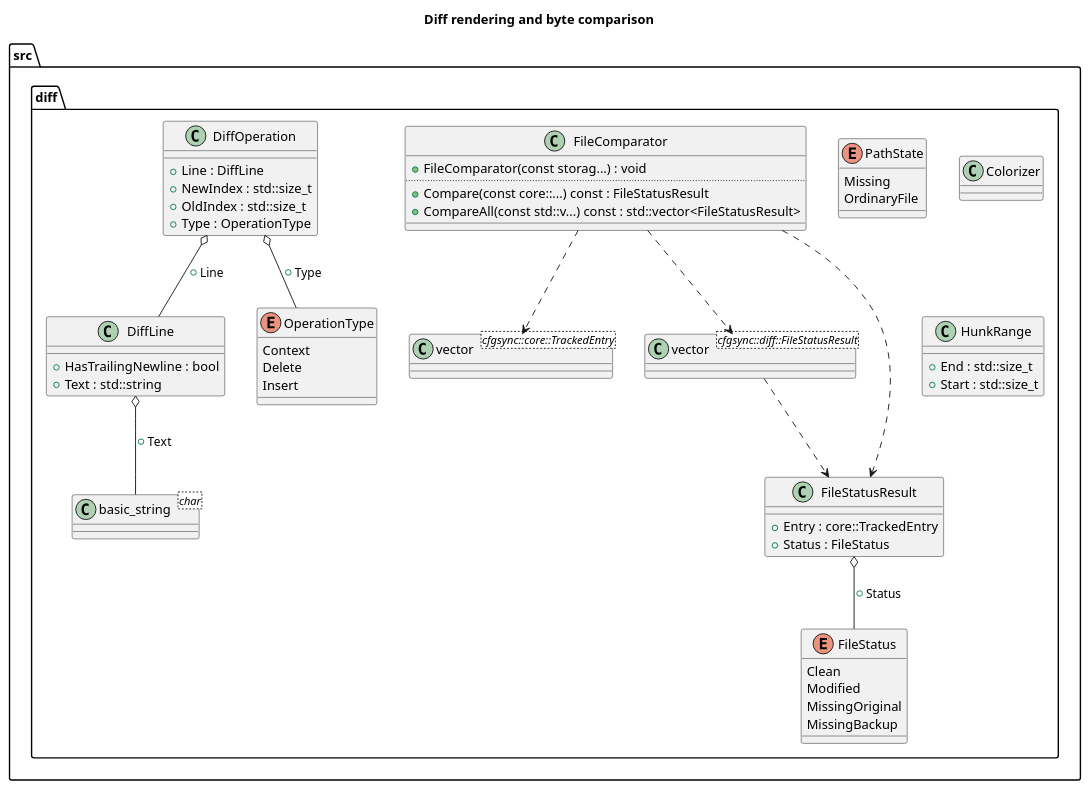
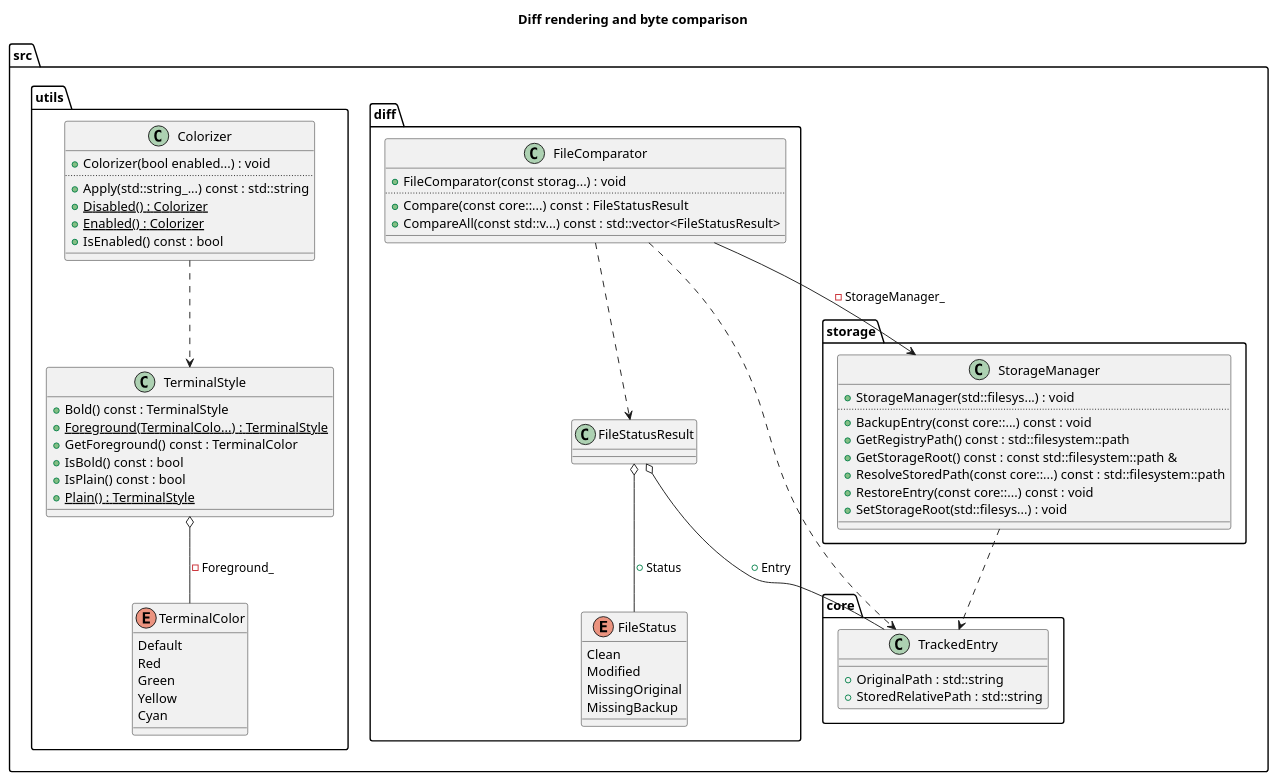
Before and after one commit to olxgdm/cfgsync: the diagram in docs/diagrams/main/diff_layer.puml, drawn with PlantUML. The commit also changed 9 other files, not shown here.

Commit message:
docs: update .clang-uml and diagrams

```diff
--- a/docs/diagrams/main/diff_layer.puml
+++ b/docs/diagrams/main/diff_layer.puml
@@ -1,86 +1,89 @@
 @startuml
 title Diff rendering and byte comparison
 package [src] as C_0016921741234196091272 {
-package [diff] as C_0012737410907933377154 {
-class "vector<cfgsync::core::TrackedEntry>" as C_0008224020844101552744
-class C_0008224020844101552744 {
+package [core] as C_0012207904346887387097 {
+class "TrackedEntry" as C_0001560558435499023390
+class C_0001560558435499023390 {
+__
++OriginalPath : std::string
++StoredRelativePath : std::string
+}
+}
+package [storage] as C_0017999738198623292114 {
+class "StorageManager" as C_0000001151641826262801
+class C_0000001151641826262801 {
++StorageManager(std::filesys...) : void
+..
++BackupEntry(const core::...) const : void
++GetRegistryPath() const : std::filesystem::path
++GetStorageRoot() const : const std::filesystem::path &
++ResolveStoredPath(const core::...) const : std::filesystem::path
++RestoreEntry(const core::...) const : void
++SetStorageRoot(std::filesys...) : void
 __
 }
-class "vector<cfgsync::diff::FileStatusResult>" as C_0004965500553103095783
-class C_0004965500553103095783 {
-__
 }
+package [diff] as C_0012737410907933377154 {
 enum "FileStatus" as C_0002489263939565265575
 enum C_0002489263939565265575 {
 Clean
 Modified
 MissingOriginal
 MissingBackup
 }
 class "FileStatusResult" as C_0013210955629383350680
 class C_0013210955629383350680 {
 __
-+Entry : core::TrackedEntry
-+Status : FileStatus
 }
 class "FileComparator" as C_0004570752702619654424
 class C_0004570752702619654424 {
 +FileComparator(const storag...) : void
 ..
 +Compare(const core::...) const : FileStatusResult
 +CompareAll(const std::v...) const : std::vector<FileStatusResult>
 __
 }
-enum "PathState" as C_0002584808394781259732
-enum C_0002584808394781259732 {
-Missing
-OrdinaryFile
 }
-class "basic_string<char>" as C_0001275076681856179721
-class C_0001275076681856179721 {
+package [utils] as C_0006966483515336780210 {
+enum "TerminalColor" as C_0014822155060380475892
+enum C_0014822155060380475892 {
+Default
+Red
+Green
+Yellow
+Cyan
+}
+class "TerminalStyle" as C_0001227858788528835931
+class C_0001227858788528835931 {
++Bold() const : TerminalStyle
+{static} +Foreground(TerminalColo...) : TerminalStyle
++GetForeground() const : TerminalColor
++IsBold() const : bool
++IsPlain() const : bool
+{static} +Plain() : TerminalStyle
 __
 }
 class "Colorizer" as C_0016296498416031808574
 class C_0016296498416031808574 {
++Colorizer(bool enabled...) : void
+..
++Apply(std::string_...) const : std::string
+{static} +Disabled() : Colorizer
+{static} +Enabled() : Colorizer
++IsEnabled() const : bool
 __
-}
-class "DiffLine" as C_0008650710564852852247
-class C_0008650710564852852247 {
-__
-+HasTrailingNewline : bool
-+Text : std::string
-}
-enum "OperationType" as C_0000793841947783987262
-enum C_0000793841947783987262 {
-Context
-Delete
-Insert
-}
-class "DiffOperation" as C_0018015037523708536464
-class C_0018015037523708536464 {
-__
-+Line : DiffLine
-+NewIndex : std::size_t
-+OldIndex : std::size_t
-+Type : OperationType
-}
-class "HunkRange" as C_0015197629037628554106
-class C_0015197629037628554106 {
-__
-+End : std::size_t
-+Start : std::size_t
 }
 }
 }
-C_0004965500553103095783 ..> C_0013210955629383350680
+C_0000001151641826262801 ..> C_0001560558435499023390
 C_0013210955629383350680 o-- C_0002489263939565265575 : +Status
+C_0013210955629383350680 o-- C_0001560558435499023390 : +Entry
+C_0004570752702619654424 ..> C_0001560558435499023390
 C_0004570752702619654424 ..> C_0013210955629383350680
-C_0004570752702619654424 ..> C_0008224020844101552744
-C_0004570752702619654424 ..> C_0004965500553103095783
-C_0008650710564852852247 o-- C_0001275076681856179721 : +Text
-C_0018015037523708536464 o-- C_0000793841947783987262 : +Type
-C_0018015037523708536464 o-- C_0008650710564852852247 : +Line
+C_0004570752702619654424 --> C_0000001151641826262801 : -StorageManager_
+C_0001227858788528835931 o-- C_0014822155060380475892 : -Foreground_
+C_0016296498416031808574 ..> C_0001227858788528835931
 
 'Generated with clang-uml, version 0.6.2-30-g98728ad
 'LLVM version Ubuntu clang version 20.1.8 (0ubuntu4)
 @enduml
```
